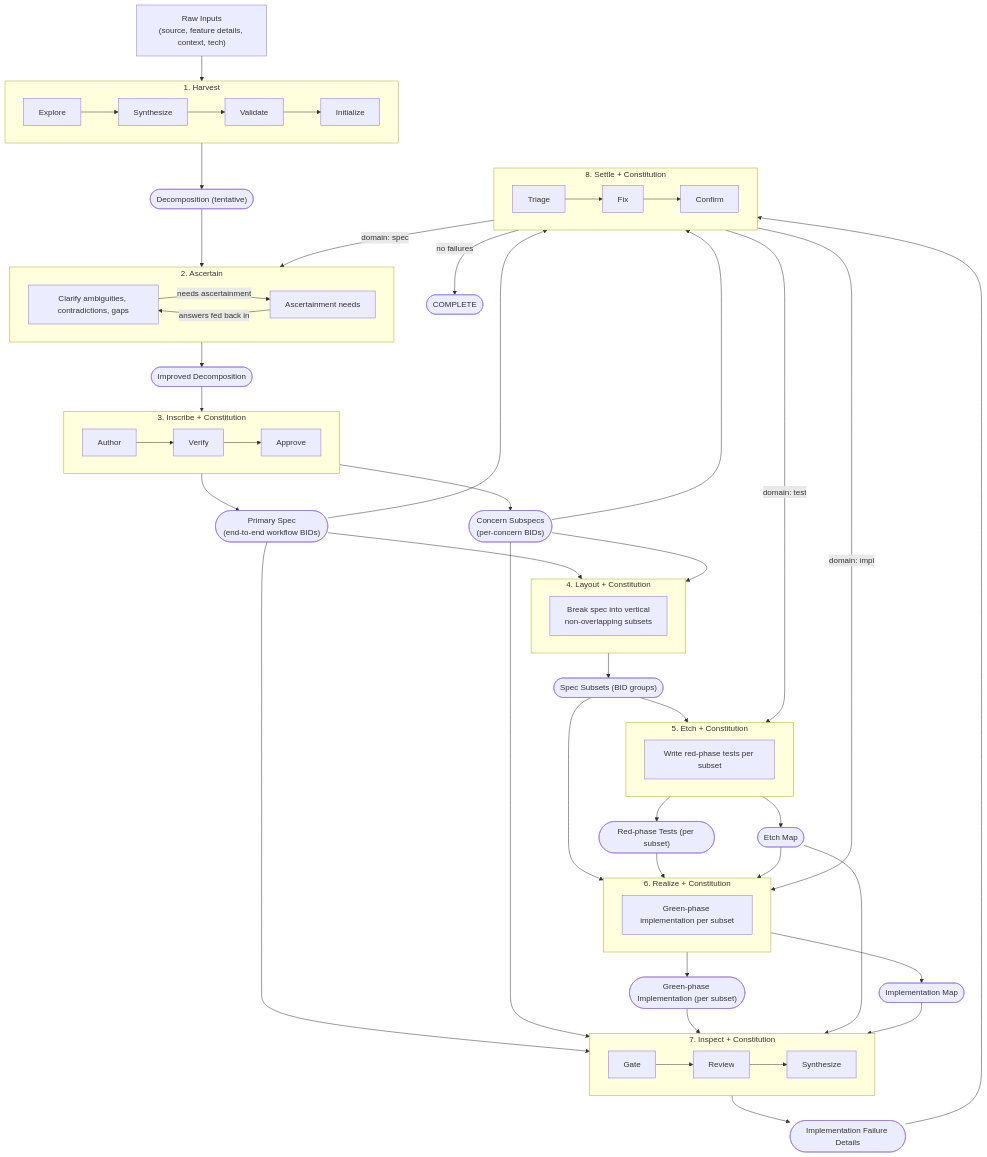
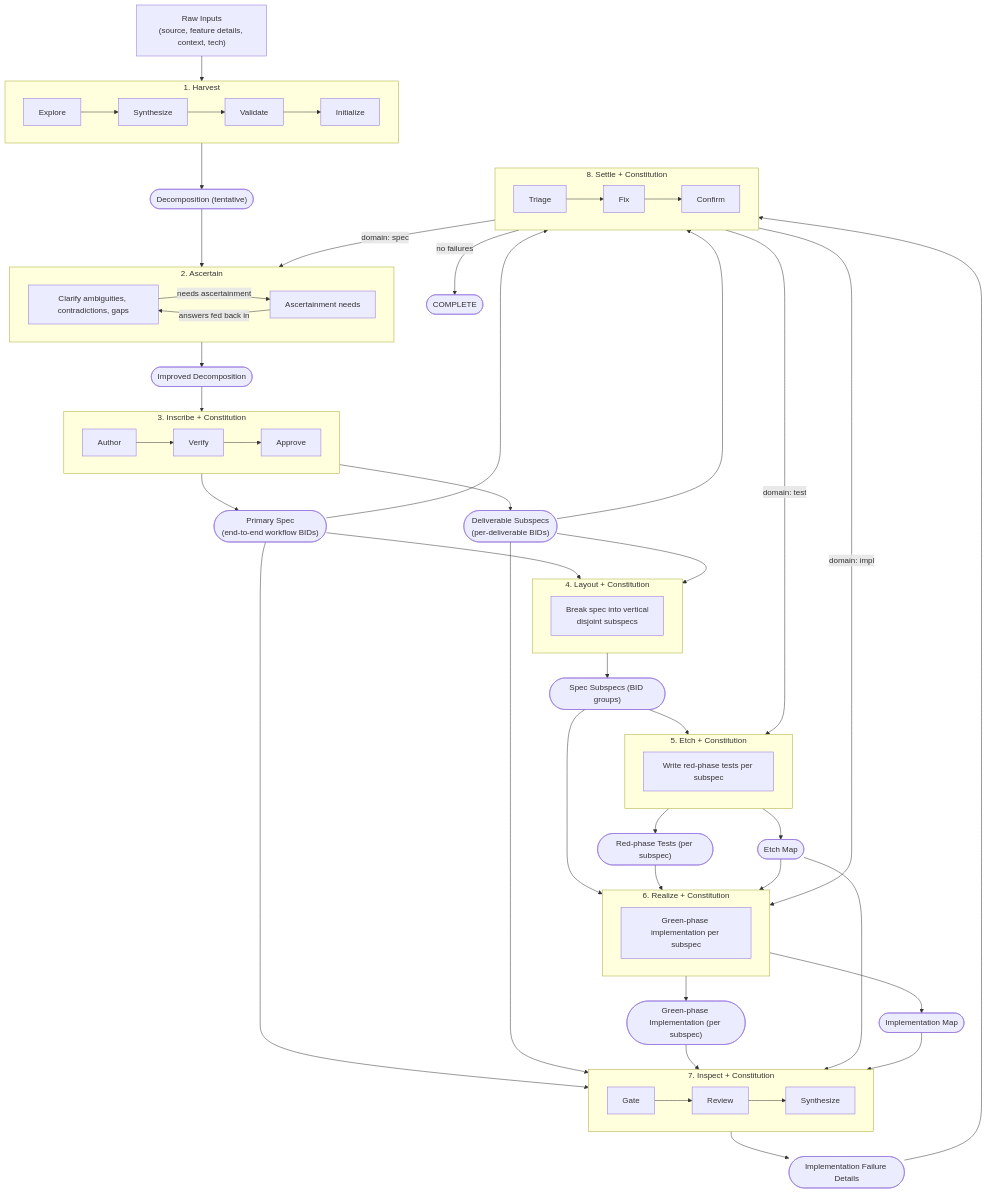
Before and after one commit to v0idbit/haileris: the fourth of 5 diagrams in docs/diagrams/diagrams.md, drawn with Mermaid. The commit also changed other lines of this file and 22 other files, not shown here.

````diff
--- a/docs/diagrams/diagrams.md
+++ b/docs/diagrams/diagrams.md
@@ -145,78 +145,78 @@
 ```mermaid
 flowchart TD
     RAW["Raw Inputs<br>(source, feature details, context, tech)"]
 
     RAW --> H
 
     subgraph H["1. Harvest"]
         H_E["Explore"] --> H_S["Synthesize"] --> H_V["Validate"] --> H_I["Initialize"]
     end
 
     H --> DEC(["Decomposition (tentative)"])
     DEC --> A
 
     subgraph A["2. Ascertain"]
         A_P["Clarify ambiguities, contradictions, gaps"]
         A_P -->|needs ascertainment| A_OUT_Q["Ascertainment needs"]
         A_OUT_Q -->|answers fed back in| A_P
     end
 
     A --> ID(["Improved Decomposition"])
     ID --> I
 
     subgraph I["3. Inscribe + Constitution"]
         I_A["Author"] --> I_V["Verify"] --> I_AP["Approve"]
     end
 
     I --> PS2(["Primary Spec<br>(end-to-end workflow BIDs)"])
-    I --> CS2(["Concern Subspecs<br>(per-concern BIDs)"])
+    I --> CS2(["Deliverable Subspecs<br>(per-deliverable BIDs)"])
     PS2 --> L
     CS2 --> L
 
     subgraph L["4. Layout + Constitution"]
-        L_P["Break spec into vertical<br>non-overlapping subsets"]
+        L_P["Break spec into vertical<br>disjoint subspecs"]
     end
 
-    L --> SS(["Spec Subsets (BID groups)"])
+    L --> SS(["Spec Subspecs (BID groups)"])
     SS --> E
 
     subgraph E["5. Etch + Constitution"]
-        E_P["Write red-phase tests per subset"]
+        E_P["Write red-phase tests per subspec"]
     end
 
-    E --> RT(["Red-phase Tests (per subset)"])
+    E --> RT(["Red-phase Tests (per subspec)"])
     E --> ETM2(["Etch Map"])
     SS --> R
     RT --> R
     ETM2 --> R
 
     subgraph R["6. Realize + Constitution"]
-        R_P["Green-phase implementation per subset"]
+        R_P["Green-phase implementation per subspec"]
     end
 
-    R --> GI(["Green-phase Implementation (per subset)"])
+    R --> GI(["Green-phase Implementation (per subspec)"])
     R --> IM2(["Implementation Map"])
     PS2 --> IN
     CS2 --> IN
     GI --> IN
     ETM2 --> IN
     IM2 --> IN
 
     subgraph IN["7. Inspect + Constitution"]
         IN_G["Gate"] --> IN_R["Review"] --> IN_S["Synthesize"]
     end
 
     IN --> IF(["Implementation Failure Details"])
     PS2 --> S
     CS2 --> S
     IF --> S
 
     subgraph S["8. Settle + Constitution"]
         S_T["Triage"] --> S_F["Fix"] --> S_C["Confirm"]
     end
 
     S -->|"domain: spec"| A
     S -->|"domain: test"| E
     S -->|"domain: impl"| R
     S -->|no failures| DONE(["COMPLETE"])
 ```
````
